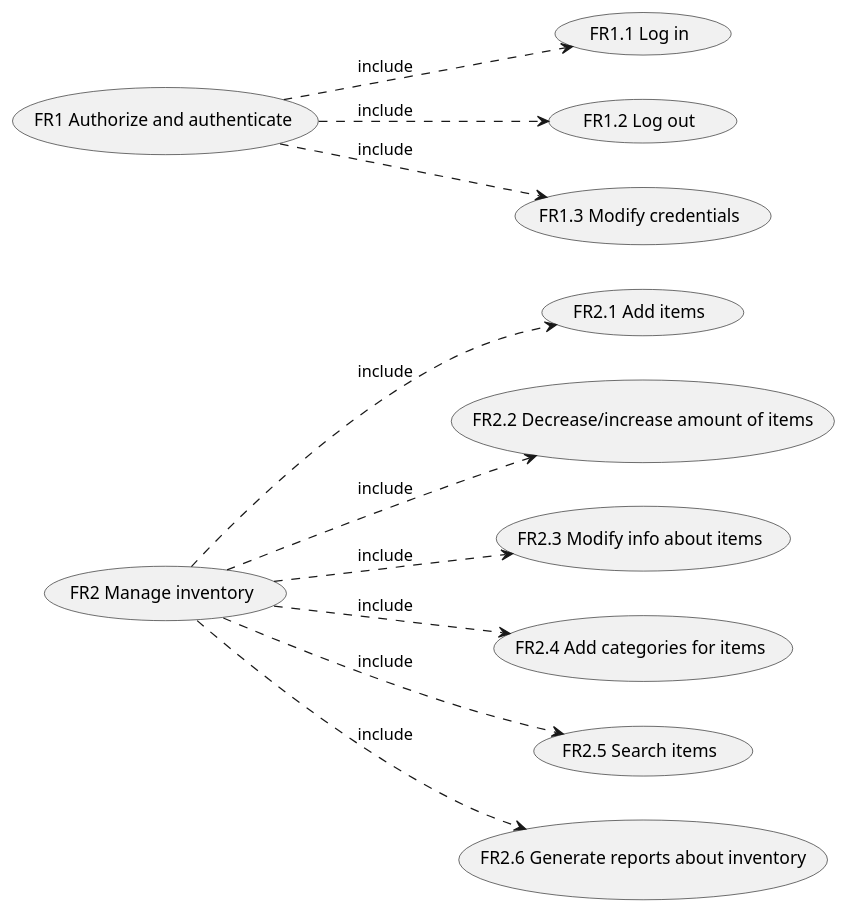
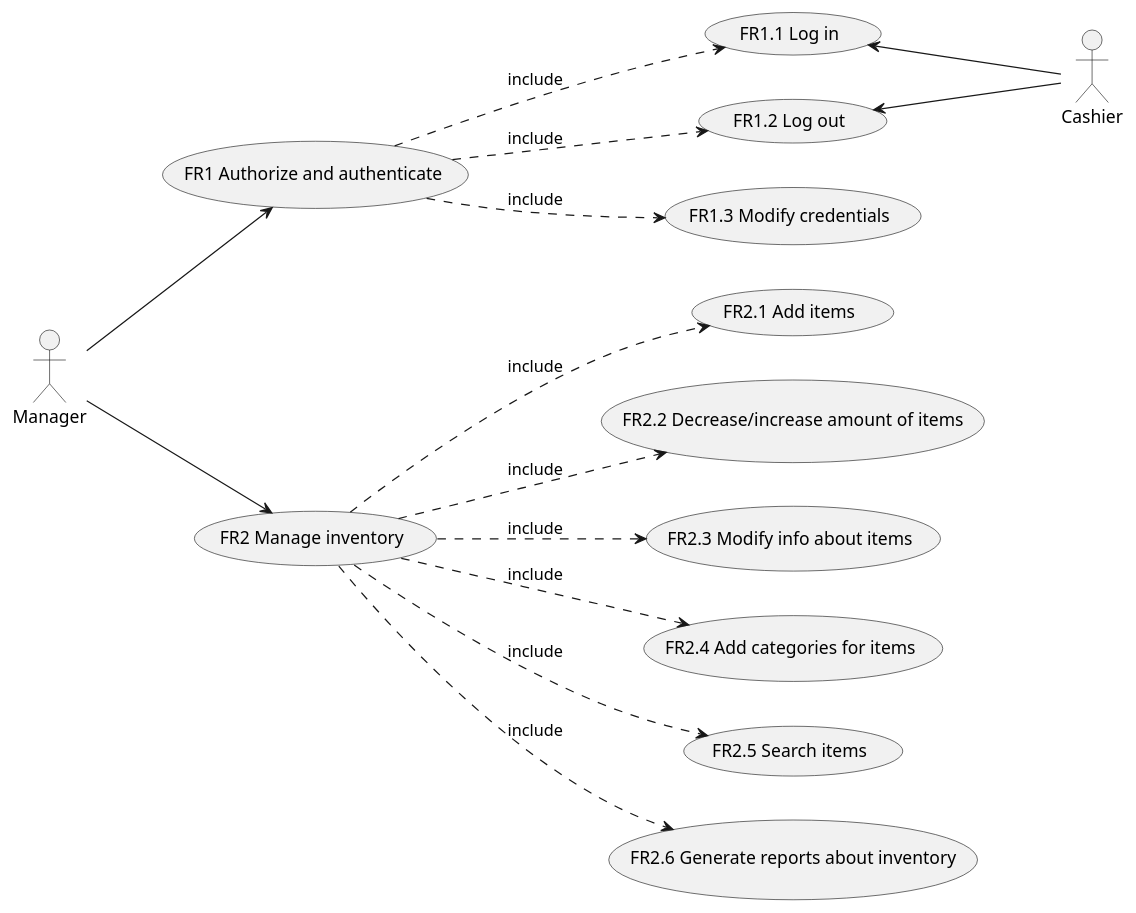
Before and after one commit to giuseppesalvi/ezshop: the third of 6 diagrams in Deliverables/RequirementsDocument.md, drawn with PlantUML. The commit also changed other lines of this file, not shown here.

Commit message:
Update RequirementsDocument.md added actors to in detail use case diagram

````diff
--- a/Deliverables/RequirementsDocument.md
+++ b/Deliverables/RequirementsDocument.md
@@ -205,12 +207,18 @@
 ```plantuml
 left to right direction
+(FR1 Authorize and authenticate) .down.> (FR1.1 Log in) :include
+(FR1 Authorize and authenticate) .down.> (FR1.2 Log out) :include
+(FR1 Authorize and authenticate) .down.> (FR1.3 Modify credentials) :include
 (FR2 Manage inventory) .down.> (FR2.1 Add items) :include
 (FR2 Manage inventory) .down.> (FR2.2 Decrease/increase amount of items) :include
 (FR2 Manage inventory) .down.> (FR2.3 Modify info about items) :include
 (FR2 Manage inventory) .down.> (FR2.4 Add categories for items) :include
 (FR2 Manage inventory) .down.> (FR2.5 Search items) :include
 (FR2 Manage inventory) .down.> (FR2.6 Generate reports about inventory) :include
-(FR1 Authorize and authenticate) .down.> (FR1.1 Log in) :include
-(FR1 Authorize and authenticate) .down.> (FR1.2 Log out) :include
-(FR1 Authorize and authenticate) .down.> (FR1.3 Modify credentials) :include
+
+
+(FR1.1 Log in) <-- :Cashier:
+(FR1.2 Log out) <-- :Cashier:
+:Manager: --> (FR1 Authorize and authenticate)
+:Manager: --> (FR2 Manage inventory)
 ```
````
